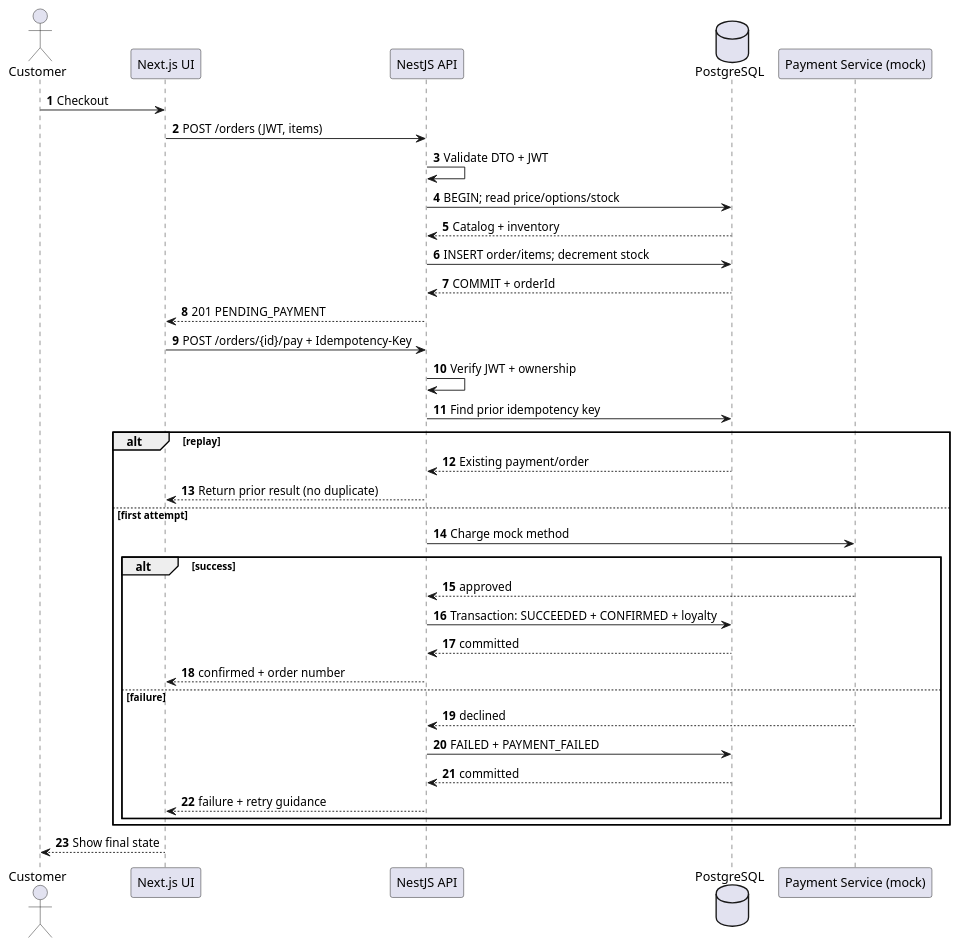
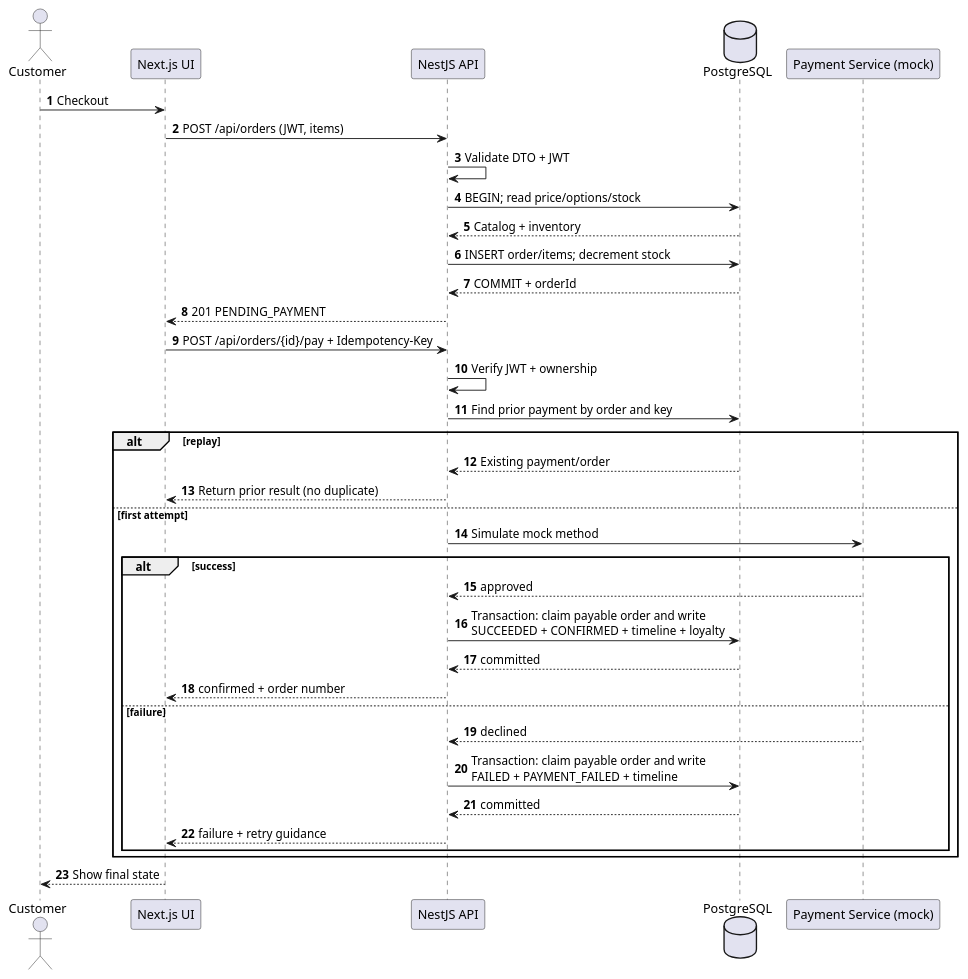
Before and after one commit to Myngoc09/assignment2_brewlite: the diagram in docs/diagrams/sequence-checkout.puml, drawn with PlantUML. The commit also changed 48 other files, not shown here.

```diff
--- a/docs/diagrams/sequence-checkout.puml
+++ b/docs/diagrams/sequence-checkout.puml
@@ -1,37 +1,37 @@
 @startuml
 autonumber
 actor Customer
 participant "Next.js UI" as UI
 participant "NestJS API" as API
 database PostgreSQL as DB
 participant "Payment Service (mock)" as Pay
 Customer -> UI: Checkout
-UI -> API: POST /orders (JWT, items)
+UI -> API: POST /api/orders (JWT, items)
 API -> API: Validate DTO + JWT
 API -> DB: BEGIN; read price/options/stock
 DB --> API: Catalog + inventory
 API -> DB: INSERT order/items; decrement stock
 DB --> API: COMMIT + orderId
 API --> UI: 201 PENDING_PAYMENT
-UI -> API: POST /orders/{id}/pay + Idempotency-Key
+UI -> API: POST /api/orders/{id}/pay + Idempotency-Key
 API -> API: Verify JWT + ownership
-API -> DB: Find prior idempotency key
+API -> DB: Find prior payment by order and key
 alt replay
  DB --> API: Existing payment/order
  API --> UI: Return prior result (no duplicate)
 else first attempt
- API -> Pay: Charge mock method
+ API -> Pay: Simulate mock method
  alt success
   Pay --> API: approved
-  API -> DB: Transaction: SUCCEEDED + CONFIRMED + loyalty
+  API -> DB: Transaction: claim payable order and write\nSUCCEEDED + CONFIRMED + timeline + loyalty
   DB --> API: committed
   API --> UI: confirmed + order number
  else failure
   Pay --> API: declined
-  API -> DB: FAILED + PAYMENT_FAILED
+  API -> DB: Transaction: claim payable order and write\nFAILED + PAYMENT_FAILED + timeline
   DB --> API: committed
   API --> UI: failure + retry guidance
  end
 end
 UI --> Customer: Show final state
 @enduml
```
